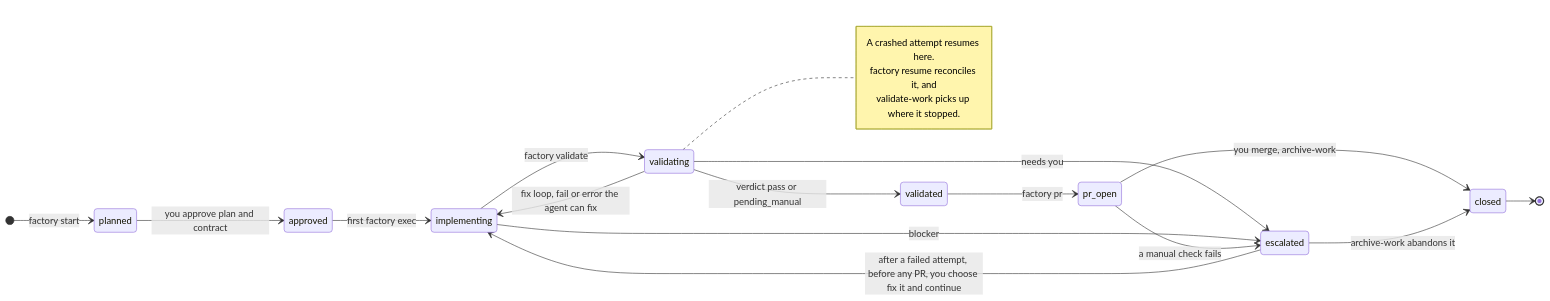
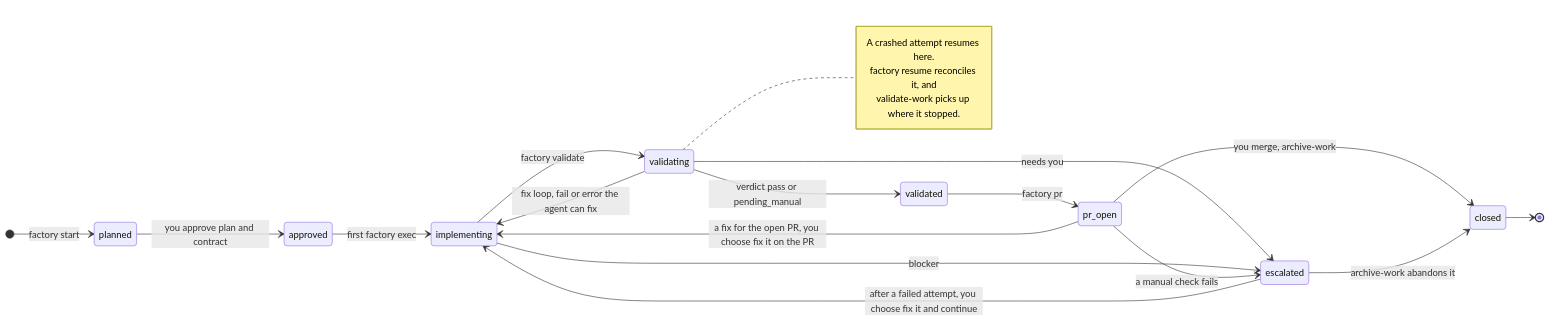
One commit to fusupo/escapement changed the third of 4 diagrams in README.md. Above: the diagram before and after it, drawn with Mermaid. The commit also changed other lines of this file and 1 other file, not shown here.

First line of the commit message:
🔌🔖 chore(release): 4.6.0, re-entry after the PR is open (#97)

````diff
--- a/README.md
+++ b/README.md
@@ -137,23 +137,24 @@
 ```mermaid
 stateDiagram-v2
     direction LR
     [*] --> planned: factory start
     planned --> approved: you approve plan and contract
     approved --> implementing: first factory exec
     implementing --> validating: factory validate
     validating --> validated: verdict pass or pending_manual
     validated --> pr_open: factory pr
     pr_open --> closed: you merge, archive-work
     validating --> implementing: fix loop, fail or error the agent can fix
     validating --> escalated: needs you
     implementing --> escalated: blocker
     pr_open --> escalated: a manual check fails
-    escalated --> implementing: after a failed attempt, before any PR, you choose fix it and continue
+    escalated --> implementing: after a failed attempt, you choose fix it and continue
+    pr_open --> implementing: a fix for the open PR, you choose fix it on the PR
     escalated --> closed: archive-work abandons it
     closed --> [*]
     note right of validating
         A crashed attempt resumes here.
         factory resume reconciles it, and
         validate-work picks up where it stopped.
     end note
 ```
````
